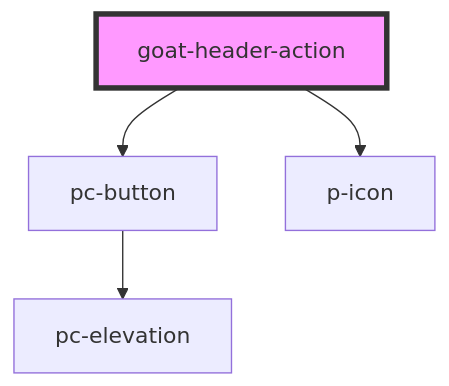
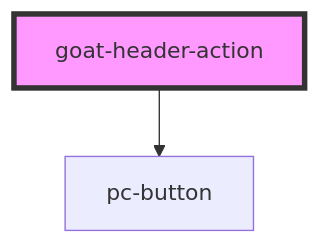
The diagram in src/components/application/header/header-action/readme.md (redvars/peacock), drawn with Mermaid before and after one commit. The commit also changed other lines of this file and 135 other files, not shown here.

````diff
--- a/src/components/application/header/header-action/readme.md
+++ b/src/components/application/header/header-action/readme.md
@@ -47,7 +46,5 @@
 ```mermaid
 graph TD;
   goat-header-action --> pc-button
-  goat-header-action --> p-icon
-  pc-button --> pc-elevation
   style goat-header-action fill:#f9f,stroke:#333,stroke-width:4px
 ```
````
